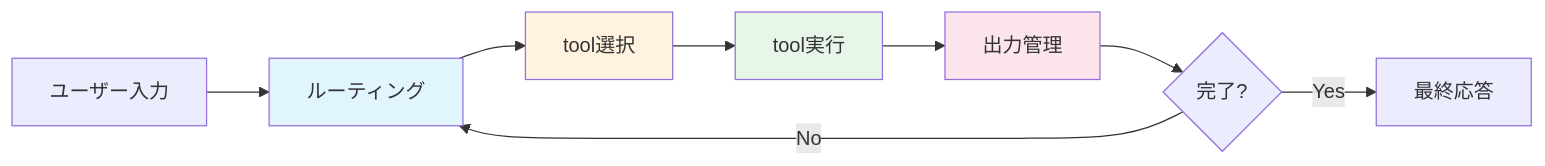
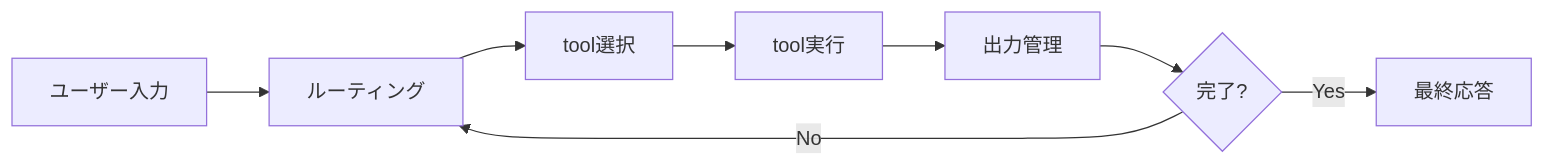
Before and after one commit to 0h-n0/zenn-contents: the first of 2 diagrams in articles/94c9275955bb60.md, drawn with Mermaid. The commit also changed 13 other files, not shown here.

First line of the commit message:
fix: Mermaidダイアグラムのカスタムスタイル(fill/stroke/color)を削除

````diff
--- a/articles/94c9275955bb60.md
+++ b/articles/94c9275955bb60.md
@@ -45,15 +45,11 @@
 ```mermaid
 graph LR
     A[ユーザー入力] --> B[ルーティング]
     B --> C[tool選択]
     C --> D[tool実行]
     D --> E[出力管理]
     E --> F{完了?}
     F -->|No| B
     F -->|Yes| G[最終応答]
 
-    style B fill:#e1f5fe
-    style C fill:#fff3e0
-    style D fill:#e8f5e9
-    style E fill:#fce4ec
 ```
````
